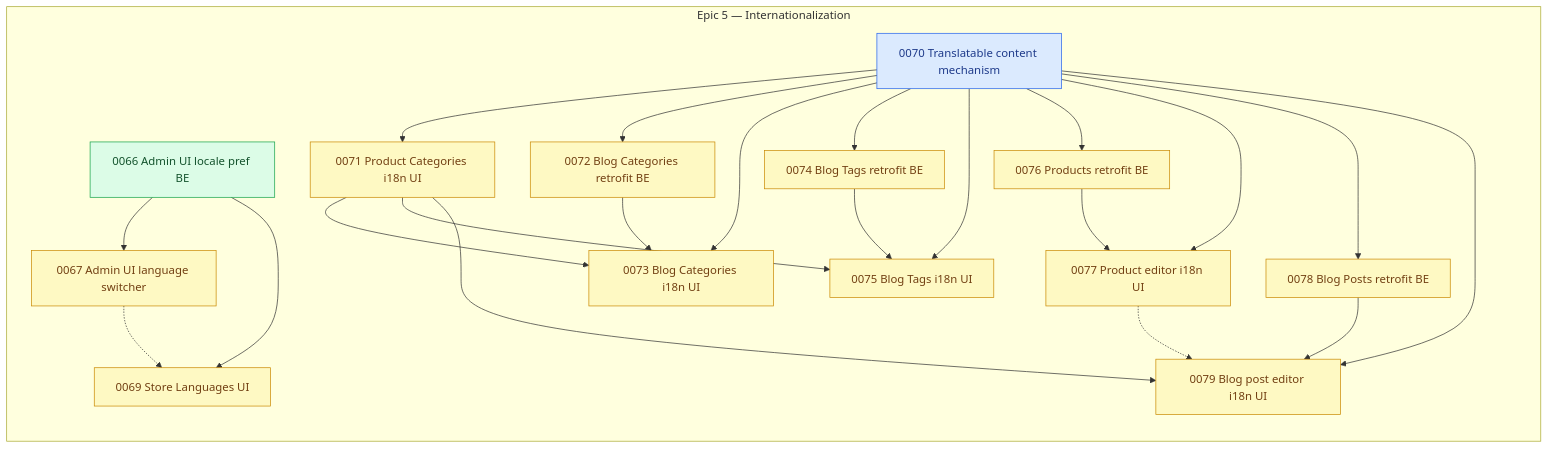
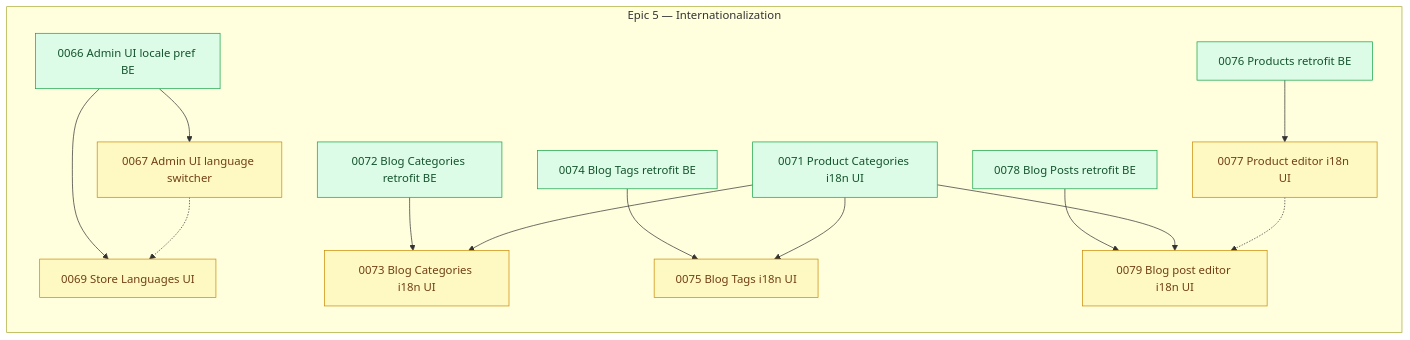
The diagram in arospe/ai-spec/tasks-map.md (shojen/AI4Devs-finalproject), drawn with Mermaid before and after one commit. The commit also changed other lines of this file and 15 other files, not shown here.

````diff
--- a/arospe/ai-spec/tasks-map.md
+++ b/arospe/ai-spec/tasks-map.md
@@ -342,7 +348,6 @@
         P0066["0066 Admin UI locale pref BE"]
         P0067["0067 Admin UI language switcher"]
         P0069["0069 Store Languages UI"]
-        P0070["0070 Translatable content mechanism"]
         P0071["0071 Product Categories i18n UI"]
         P0072["0072 Blog Categories retrofit BE"]
         P0073["0073 Blog Categories i18n UI"]
@@ -395,31 +400,25 @@
 
     %% i18n
     %% (P0068 --> P0066/P0067/P0069/P0070/P0071/P0072/P0073/P0074/P0075/P0076/P0077/P0078/P0079
-    %% dropped: 0068 closed to done/ this pass -- every edge in this subgraph originated *from*
-    %% P0068, so removing its node drops all thirteen at once. 0066 and 0070 each had 0068 as
-    %% their only pending dependency and are now ready.)
+    %% dropped: 0068 closed to done/ in an earlier pass -- every edge in this subgraph originated
+    %% *from* P0068, so removing its node dropped all thirteen at once. 0066 and 0070 each had 0068
+    %% as their only pending dependency and were then ready.)
+    %% (P0070 --> P0071/P0072/P0073/P0074/P0075/P0076/P0077/P0078/P0079 dropped: 0070 closed to
+    %% done/ this pass, so its node and every edge originating from it are removed. 0071, 0072,
+    %% 0074, 0076 and 0078 each had 0070 as their only remaining pending dependency and are now
+    %% ready; 0073, 0075, 0077 and 0079 drop it but stay blocked on their other pending deps.)
     P0066 --> P0067
     P0066 --> P0069
     P0067 -.-> P0069
-    P0070 --> P0071
-    P0070 --> P0072
     P0072 --> P0073
     P0071 --> P0073
-    P0070 --> P0073
-    P0070 --> P0074
     P0074 --> P0075
-    P0070 --> P0075
     P0071 --> P0075
-    P0070 --> P0076
     P0076 --> P0077
-    P0070 --> P0077
-    P0070 --> P0078
     P0078 --> P0079
     P0071 --> P0079
     P0077 -.-> P0079
-    P0070 --> P0079
 
-    class P0067,P0069,P0071,P0072,P0073,P0074,P0075,P0076,P0077,P0078,P0079 pending;
-    class P0066 ready;
-    class P0070 claimed;
+    class P0067,P0069,P0073,P0075,P0077,P0079 pending;
+    class P0066,P0071,P0072,P0074,P0076,P0078 ready;
 ```
````
